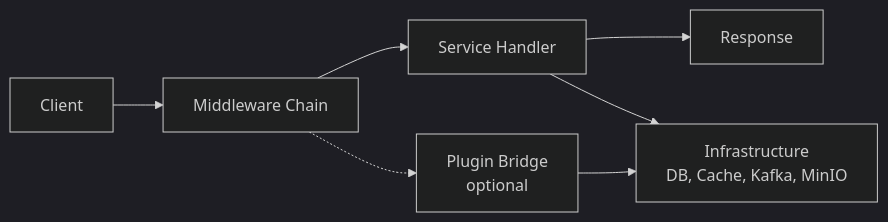
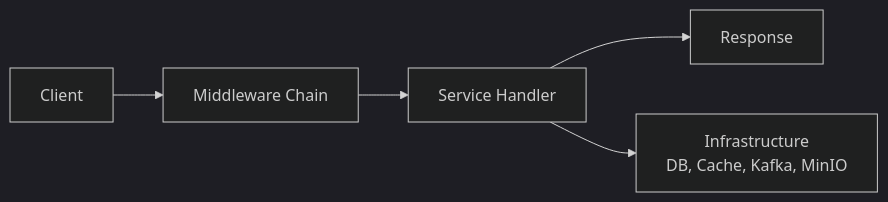
Before and after one commit to diameter-tscd/stackyrd: the second of 3 diagrams in docs_wiki/ARCHITECTURE.md, drawn with Mermaid (dark theme). The commit also changed other lines of this file and 75 other files, not shown here.

````diff
--- a/docs_wiki/ARCHITECTURE.md
+++ b/docs_wiki/ARCHITECTURE.md
@@ -41,9 +40,7 @@
 ```mermaid
 flowchart LR
     A[Client] --> B[Middleware Chain]
     B --> C[Service Handler]
     C --> D[Response]
-    B -.-> E[Plugin Bridge<br/>optional]
-    E --> F[Infrastructure<br/>DB, Cache, Kafka, MinIO]
-    C --> F
+    C --> F[Infrastructure<br/>DB, Cache, Kafka, MinIO]
 ```
````
